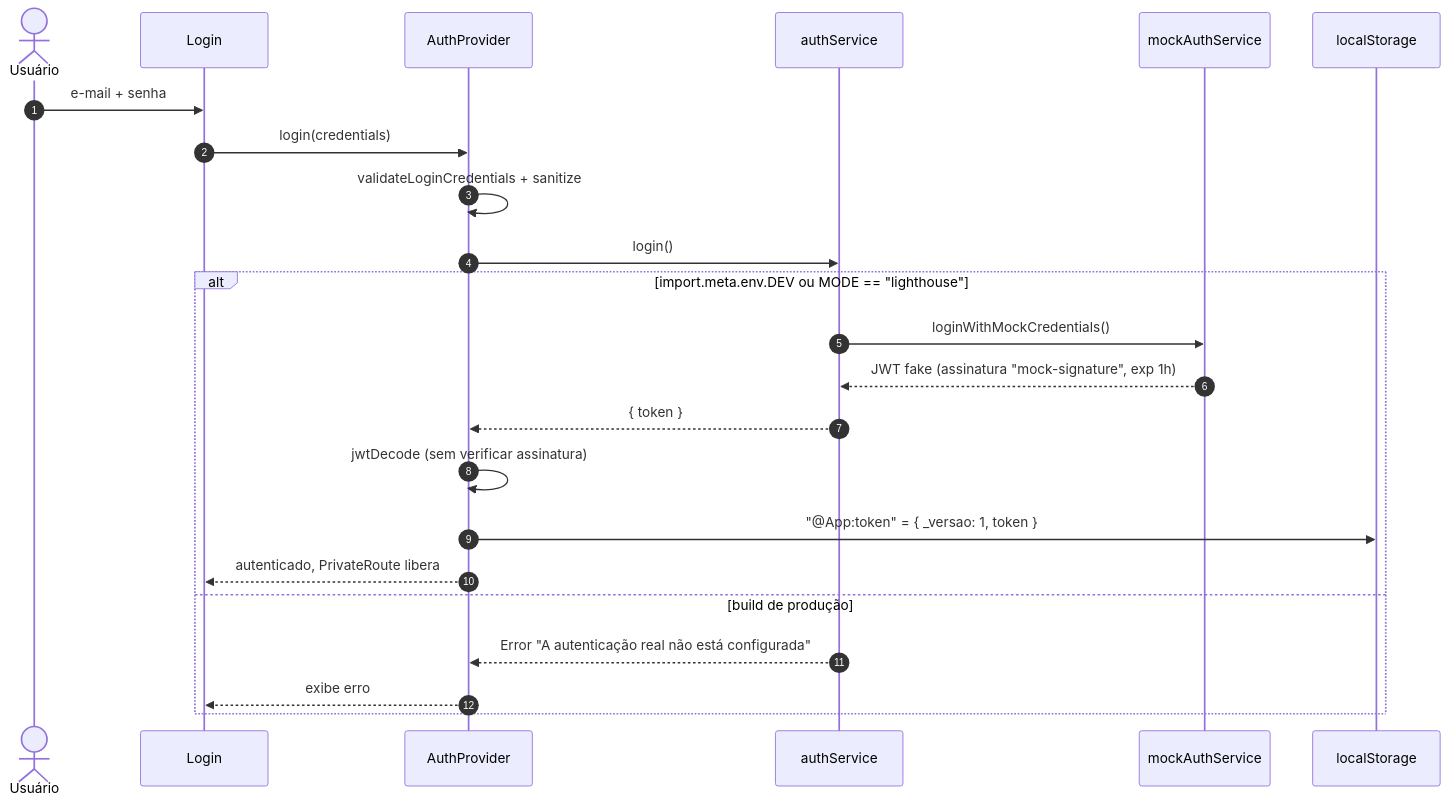
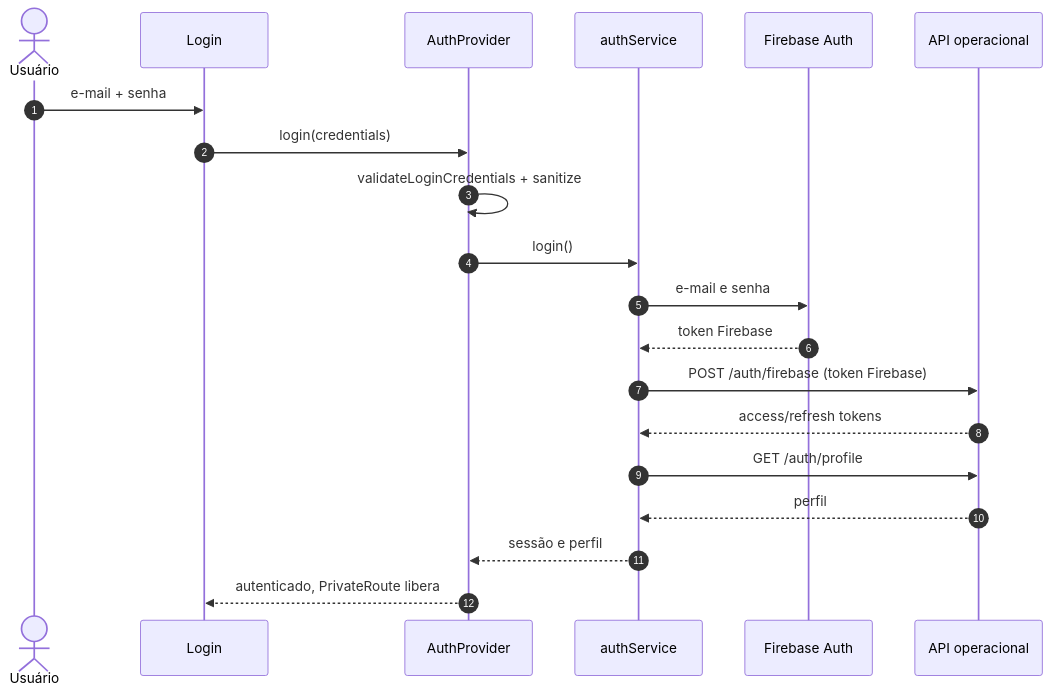
The third of 4 diagrams in README.md (Mottainai-Deploy/Mottainai-Frontend), drawn with Mermaid before and after one commit. The commit also changed other lines of this file and 347 other files, not shown here.

````diff
--- a/README.md
+++ b/README.md
@@ -266,26 +253,23 @@
 ```mermaid
 sequenceDiagram
     autonumber
     actor U as Usuário
     participant L as Login
     participant AP as AuthProvider
     participant AS as authService
-    participant M as mockAuthService
-    participant LS as localStorage
+    participant FB as Firebase Auth
+    participant API as API operacional
 
     U->>L: e-mail + senha
     L->>AP: login(credentials)
     AP->>AP: validateLoginCredentials + sanitize
     AP->>AS: login()
-    alt import.meta.env.DEV ou MODE == "lighthouse"
-        AS->>M: loginWithMockCredentials()
-        M-->>AS: JWT fake (assinatura "mock-signature", exp 1h)
-        AS-->>AP: { token }
-        AP->>AP: jwtDecode (sem verificar assinatura)
-        AP->>LS: "@App:token" = { _versao: 1, token }
-        AP-->>L: autenticado, PrivateRoute libera
-    else build de produção
-        AS-->>AP: Error "A autenticação real não está configurada"
-        AP-->>L: exibe erro
-    end
+    AS->>FB: e-mail e senha
+    FB-->>AS: token Firebase
+    AS->>API: POST /auth/firebase (token Firebase)
+    API-->>AS: access/refresh tokens
+    AS->>API: GET /auth/profile
+    API-->>AS: perfil
+    AS-->>AP: sessão e perfil
+    AP-->>L: autenticado, PrivateRoute libera
 ```
````
